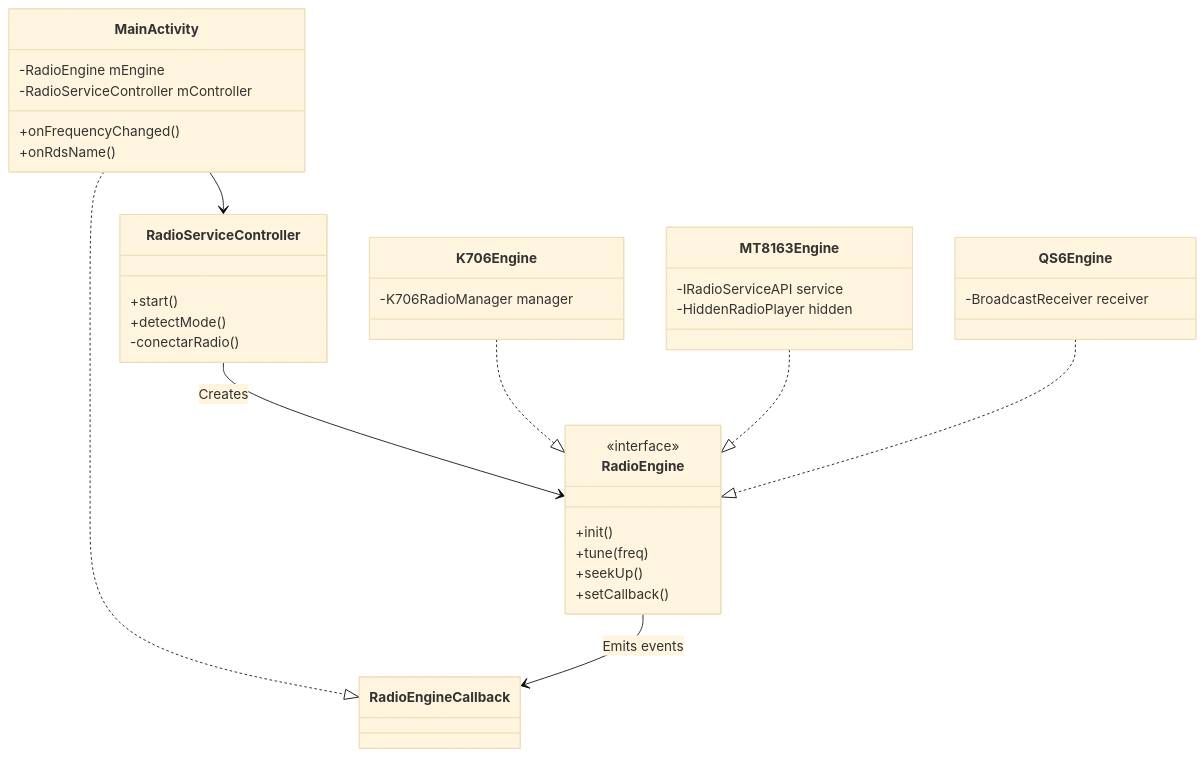
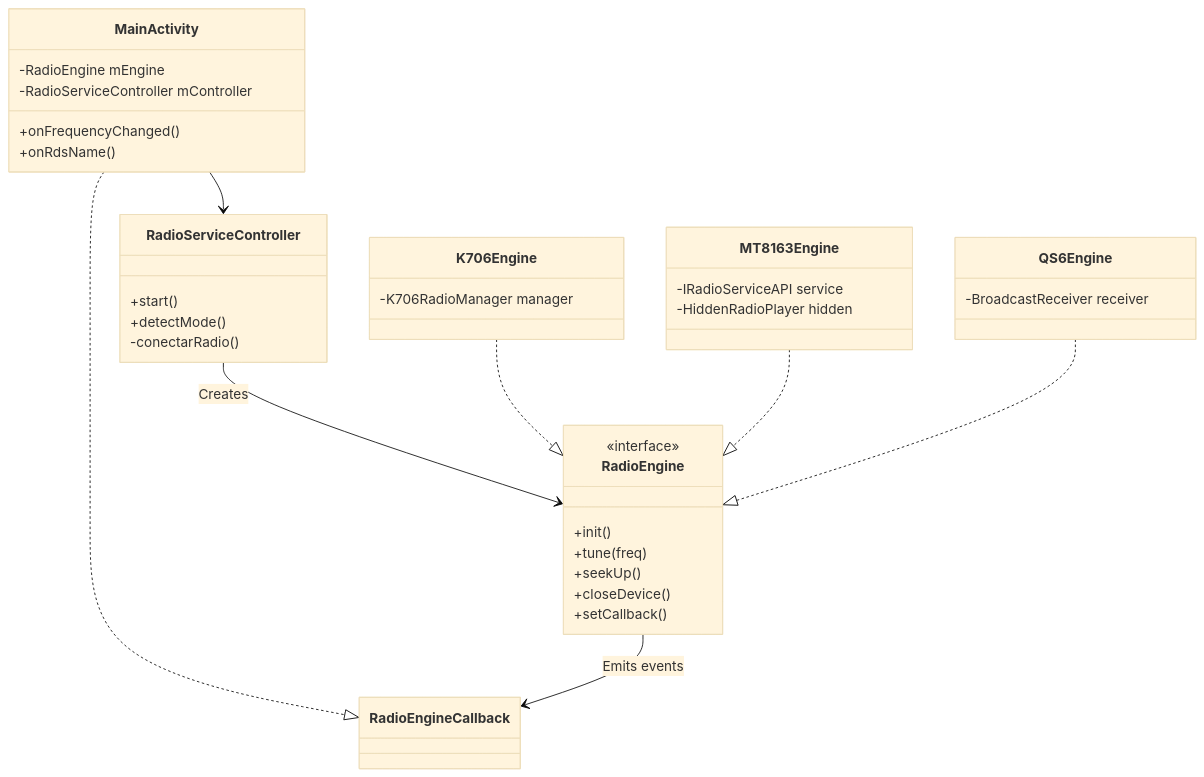
One commit to kapi21/OpenRadioFM changed the diagram in REFAC_README.md. Above: the diagram before and after it, drawn with Mermaid (base theme). The commit also changed 21 other files, not shown here.

First line of the commit message:
V5.5.0: Manager Architecture & RDS PS Substitution 🚀

````diff
--- a/REFAC_README.md
+++ b/REFAC_README.md
@@ -21,39 +21,40 @@
 ```mermaid
 classDiagram
     class MainActivity {
         -RadioEngine mEngine
         -RadioServiceController mController
         +onFrequencyChanged()
         +onRdsName()
     }
     class RadioServiceController {
         +start()
         +detectMode()
         -conectarRadio()
     }
     class RadioEngine {
         <<interface>>
         +init()
         +tune(freq)
         +seekUp()
+        +closeDevice()
         +setCallback()
     }
     class K706Engine {
         -K706RadioManager manager
     }
     class MT8163Engine {
         -IRadioServiceAPI service
         -HiddenRadioPlayer hidden
     }
     class QS6Engine {
         -BroadcastReceiver receiver
     }
 
     MainActivity --> RadioServiceController
     MainActivity ..|> RadioEngineCallback
     RadioServiceController --> RadioEngine : Creates
     K706Engine ..|> RadioEngine
     MT8163Engine ..|> RadioEngine
     QS6Engine ..|> RadioEngine
     RadioEngine --> RadioEngineCallback : Emits events
 ```
````
